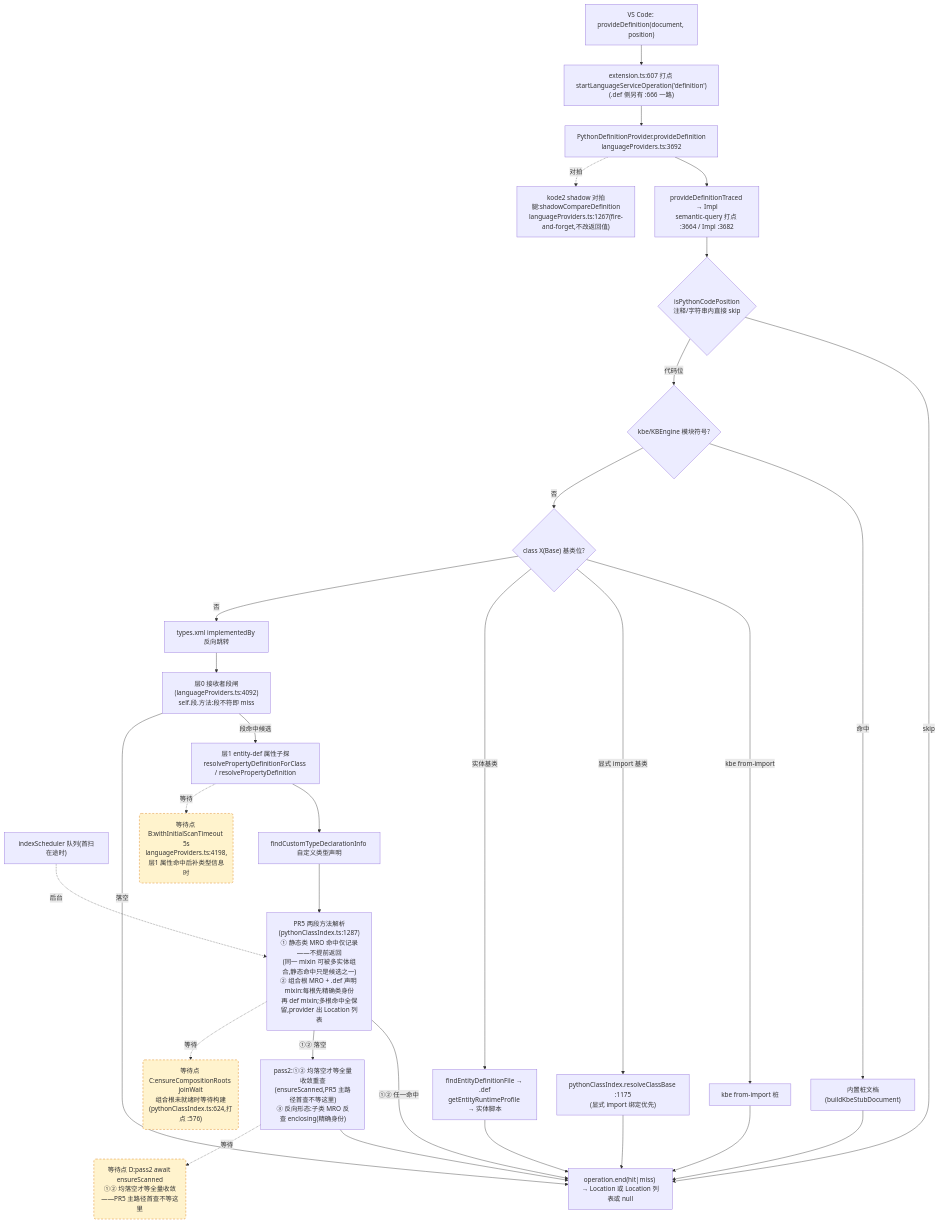
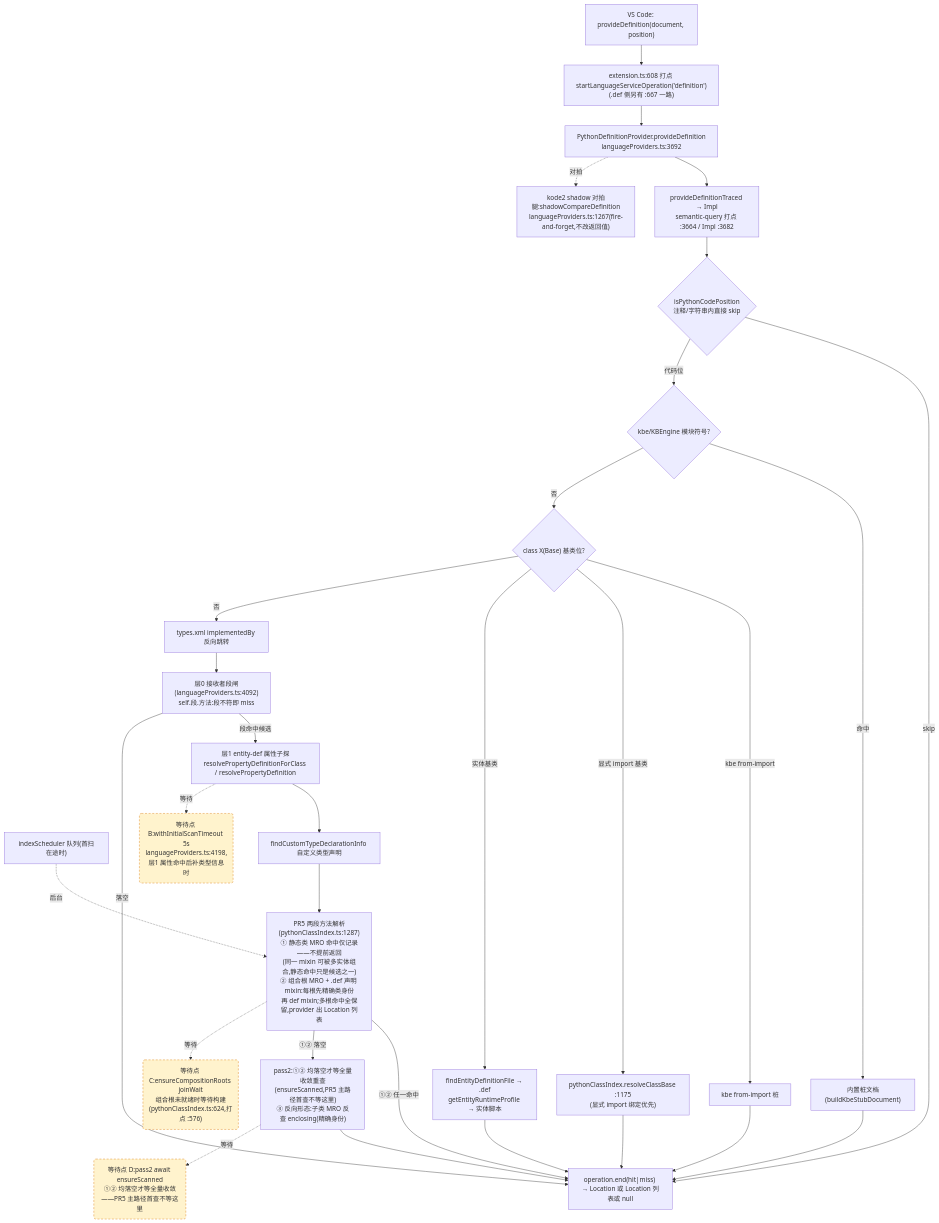
Before and after one commit to cuihairu/kode: the second of 4 diagrams in docs/perf/2026-baseline.md, drawn with Mermaid. The commit also changed other lines of this file and 8 other files, not shown here.

````diff
--- a/docs/perf/2026-baseline.md
+++ b/docs/perf/2026-baseline.md
@@ -130,51 +130,51 @@
 ```mermaid
 flowchart TD
   VC2["VS Code: provideDefinition(document, position)"]
-  M2["extension.ts:607 打点 startLanguageServiceOperation('definition')<br/>(.def 侧另有 :666 一路)"]
+  M2["extension.ts:608 打点 startLanguageServiceOperation('definition')<br/>(.def 侧另有 :667 一路)"]
   AD2["PythonDefinitionProvider.provideDefinition<br/>languageProviders.ts:3692"]
   TR["provideDefinitionTraced → Impl<br/>semantic-query 打点 :3664 / Impl :3682"]
   CTX{"isPythonCodePosition<br/>注释/字符串内直接 skip"}
   KBE{"kbe/KBEngine 模块符号?"}
   STUB["内置桩文档(buildKbeStubDocument)"]
   CB{"class X(Base) 基类位?"}
   CB1["kbe from-import 桩"]
   CB2["pythonClassIndex.resolveClassBase :1175<br/>(显式 import 绑定优先)"]
   CB3["findEntityDefinitionFile → .def<br/>getEntityRuntimeProfile → 实体脚本"]
   REV["types.xml implementedBy 反向跳转"]
   L0["层0 接收者段闸(languageProviders.ts:4092)<br/>self.段.方法:段不符即 miss"]
   L1["层1 entity-def 属性子探<br/>resolvePropertyDefinitionForClass / resolvePropertyDefinition"]
   SCAN["indexScheduler 队列(首扫在途时)"]
   TY["findCustomTypeDeclarationInfo 自定义类型声明"]
   MRO["PR5 两段方法解析(pythonClassIndex.ts:1287)<br/>① 静态类 MRO 命中仅记录——不提前返回<br/>(同一 mixin 可被多实体组合,静态命中只是候选之一)<br/>② 组合根 MRO + .def 声明 mixin:每根先精确类身份<br/>再 def mixin;多根命中全保留,provider 出 Location 列表"]
   PASS2["pass2:①② 均落空才等全量收敛重查<br/>(ensureScanned,PR5 主路径首查不等这里)<br/>③ 反向形态:子类 MRO 反查 enclosing(精确身份)"]
   SHD["kode2 shadow 对拍腿:shadowCompareDefinition<br/>languageProviders.ts:1267(fire-and-forget,不改返回值)"]
   END2["operation.end(hit|miss) → Location 或 Location 列表或 null"]
 
   VC2 --> M2 --> AD2 --> TR --> CTX
   CTX -- "skip" --> END2
   CTX -- "代码位" --> KBE
   KBE -- "命中" --> STUB --> END2
   KBE -- "否" --> CB
   CB -- "kbe from-import" --> CB1 --> END2
   CB -- "显式 import 基类" --> CB2 --> END2
   CB -- "实体基类" --> CB3 --> END2
   CB -- "否" --> REV --> L0
   L0 -- "段命中候选" --> L1
   L0 -- "落空" --> END2
   L1 --> TY
   TY --> MRO
   MRO -- "①② 任一命中" --> END2
   MRO -- "①② 落空" --> PASS2 --> END2
   AD2 -.->|对拍| SHD
 
   WAITB("等待点 B:withInitialScanTimeout 5s<br/>languageProviders.ts:4198,层1 属性命中后补类型信息时")
   WAITC("等待点 C:ensureCompositionRoots joinWait<br/>组合根未就绪时等待构建(pythonClassIndex.ts:624,打点 :576)")
   WAITD("等待点 D:pass2 await ensureScanned<br/>①② 均落空才等全量收敛——PR5 主路径首查不等这里")
   L1 -.->|等待| WAITB
   MRO -.->|等待| WAITC
   PASS2 -.->|等待| WAITD
   SCAN -.->|后台| MRO
 
   classDef waitPoint fill:#fff3cd,stroke:#d97706,stroke-dasharray:5 4;
   class WAITB,WAITC,WAITD waitPoint;
 ```
````
